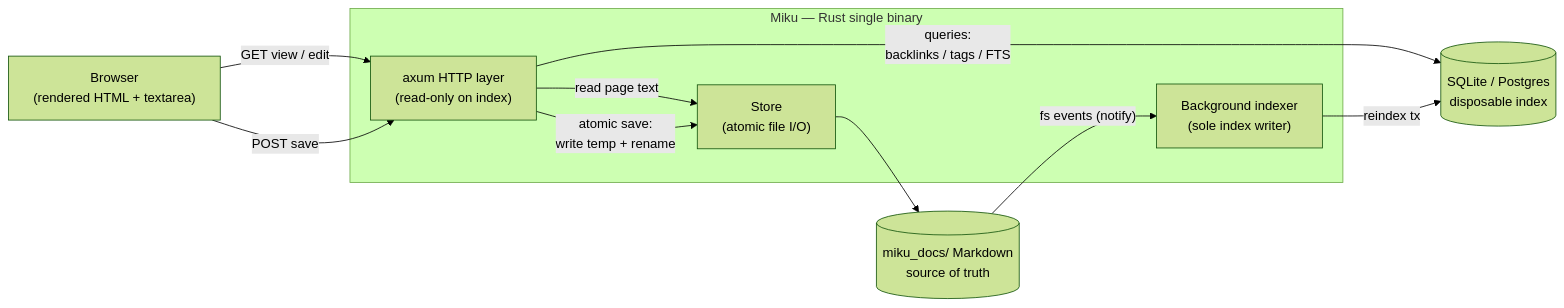
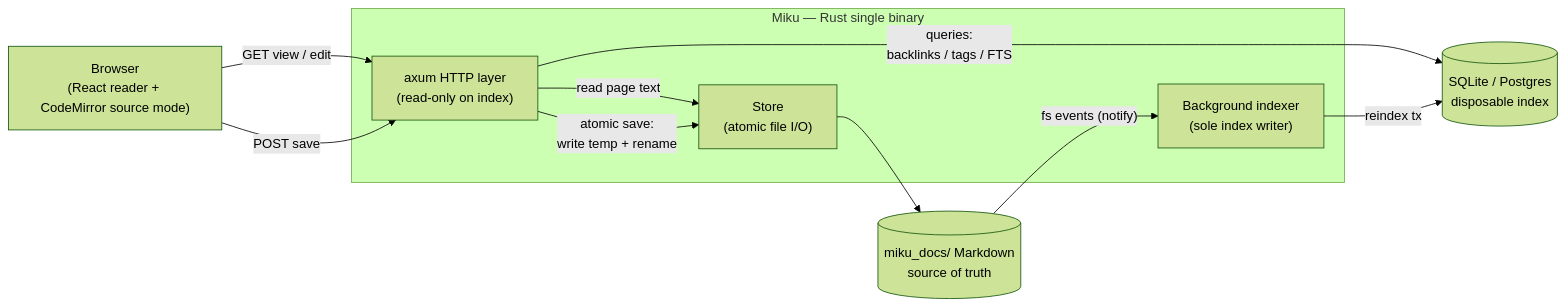
The first of 8 diagrams in miku_docs/dataflow.md (azusachino/miku), drawn with Mermaid (forest theme) before and after one commit. The commit also changed other lines of this file and 25 other files, not shown here.

````diff
--- a/miku_docs/dataflow.md
+++ b/miku_docs/dataflow.md
@@ -18,22 +18,22 @@
 ```mermaid
 flowchart LR
-  Browser["Browser<br/>(rendered HTML + textarea)"]
+  Browser["Browser<br/>(React reader + CodeMirror source mode)"]
 
   subgraph Server["Miku — Rust single binary"]
     HTTP["axum HTTP layer<br/>(read-only on index)"]
     Store["Store<br/>(atomic file I/O)"]
     Indexer["Background indexer<br/>(sole index writer)"]
   end
 
   FS[("miku_docs/ Markdown<br/>source of truth")]
   PG[("SQLite / Postgres<br/>disposable index")]
 
   Browser -->|"GET view / edit"| HTTP
   Browser -->|"POST save"| HTTP
   HTTP -->|"read page text"| Store
   HTTP -->|"queries:<br/>backlinks / tags / FTS"| PG
   HTTP -->|"atomic save:<br/>write temp + rename"| Store
   Store --> FS
   FS -->|"fs events (notify)"| Indexer
   Indexer -->|"reindex tx"| PG
 ```
````
